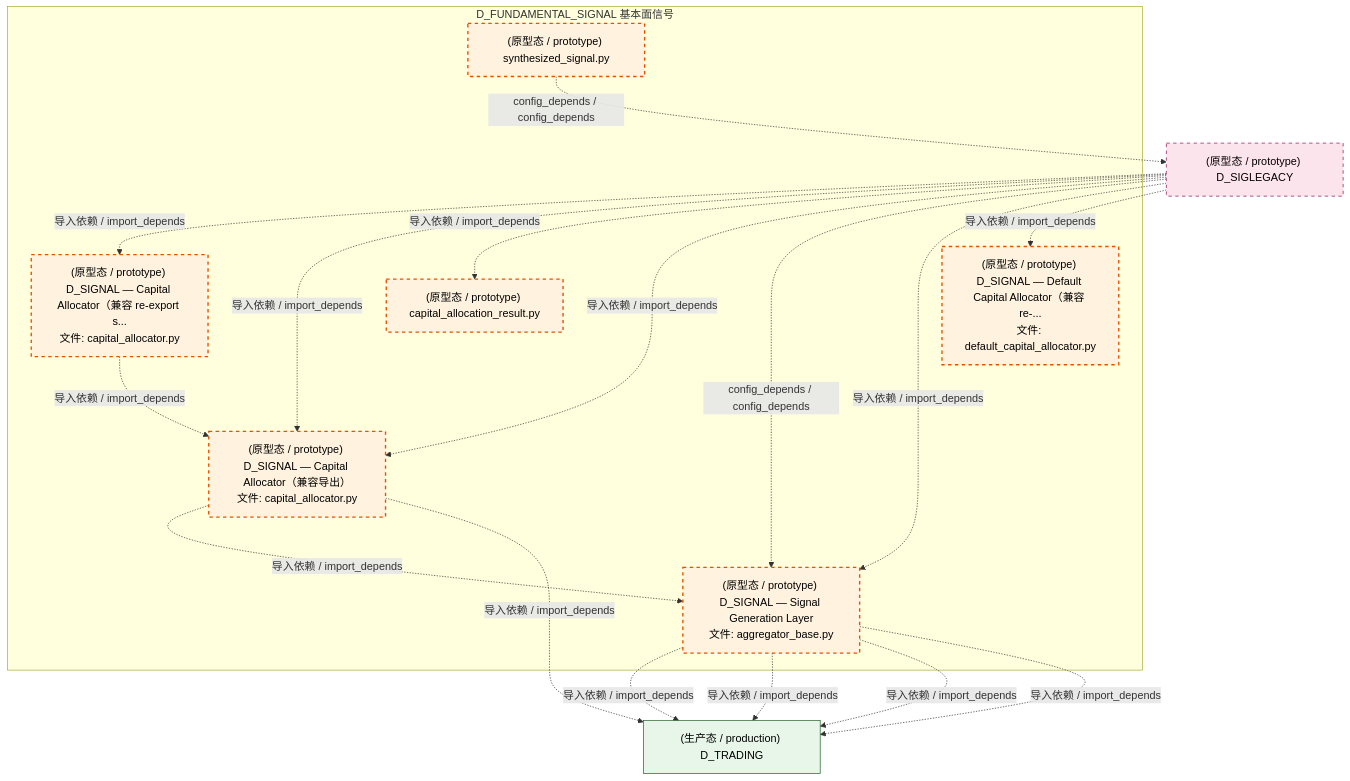
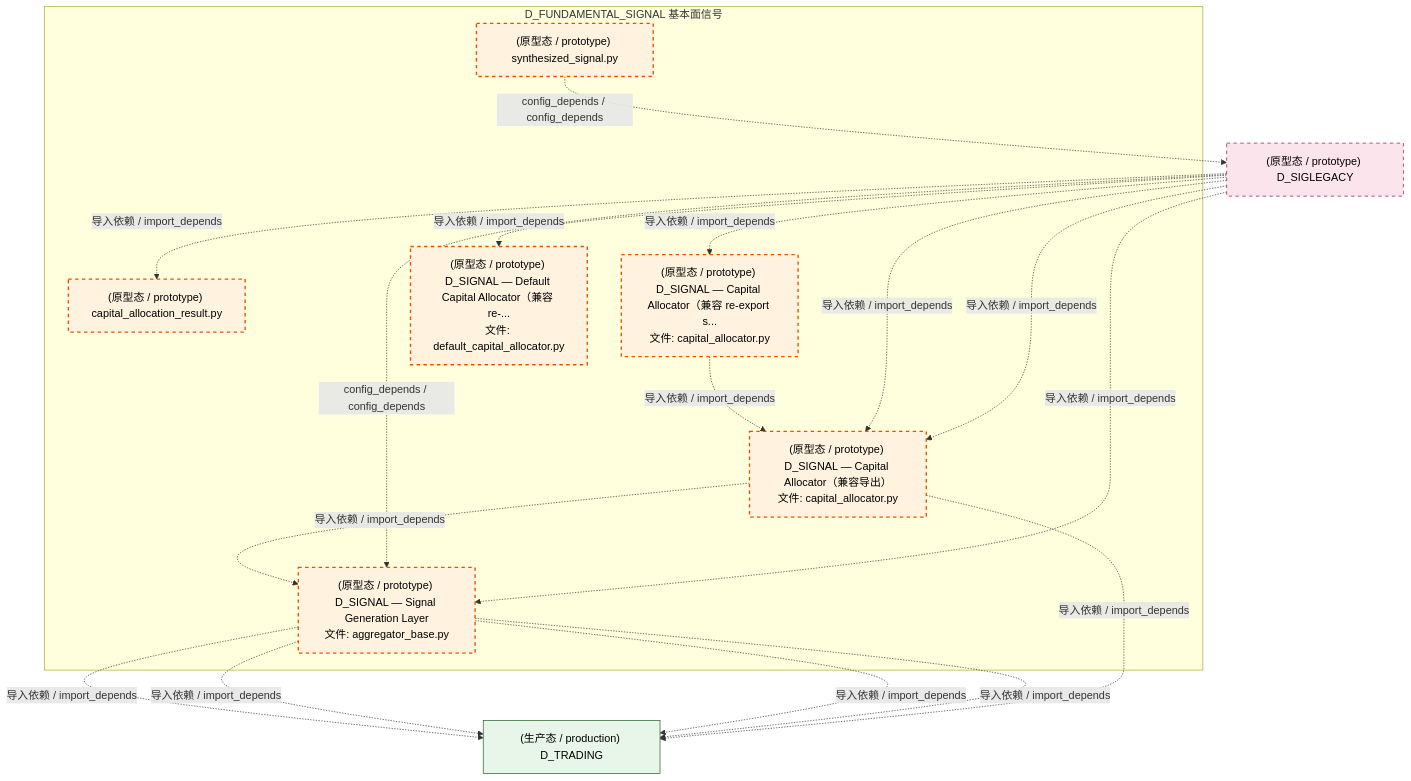
The third of 4 diagrams in docs/02_enterprise_architecture/02_domain_architecture_docs/37_d_fundamental_signal.md (xuanFelixVan/ZephyrAlpha), drawn with Mermaid before and after one commit. The commit also changed other lines of this file and 126 other files, not shown here.

````diff
--- a/docs/02_enterprise_architecture/02_domain_architecture_docs/37_d_fundamental_signal.md
+++ b/docs/02_enterprise_architecture/02_domain_architecture_docs/37_d_fundamental_signal.md
@@ -177,35 +177,35 @@
 ```mermaid
 graph TD
     subgraph D_FUNDAMENTAL_SIGNAL["D_FUNDAMENTAL_SIGNAL 基本面信号"]
         src_zephyr_signal_fundamental_capital_capital_allocation_result_py["(原型态 / prototype) capital_allocation_result.py"]
         src_zephyr_signal_fundamental_capital_capital_allocator_py["(原型态 / prototype) D_SIGNAL — Capital Allocator（兼容 re-export s...<br/>文件: capital_allocator.py"]
         src_zephyr_signal_fundamental_capital_default_capital_allocator_py["(原型态 / prototype) D_SIGNAL — Default Capital Allocator（兼容 re-...<br/>文件: default_capital_allocator.py"]
         src_zephyr_signal_fundamental_combiner_synthesized_signal_py["(原型态 / prototype) synthesized_signal.py"]
         src_zephyr_signal_fundamental_gen_aggregator_base_py["(原型态 / prototype) D_SIGNAL — Signal Generation Layer<br/>文件: aggregator_base.py"]
         src_zephyr_signal_fundamental_strategy_capital_allocator_py["(原型态 / prototype) D_SIGNAL — Capital Allocator（兼容导出）<br/>文件: capital_allocator.py"]
     end
     src_zephyr_signal_fundamental_capital_capital_allocator_py -.->|导入依赖 / import_depends| src_zephyr_signal_fundamental_strategy_capital_allocator_py
     src_zephyr_signal_fundamental_strategy_capital_allocator_py -.->|导入依赖 / import_depends| src_zephyr_signal_fundamental_gen_aggregator_base_py
     D_SIGLEGACY["(原型态 / prototype) D_SIGLEGACY"]
     src_zephyr_signal_fundamental_combiner_synthesized_signal_py -.->|config_depends / config_depends| D_SIGLEGACY
     D_TRADING["(生产态 / production) D_TRADING"]
     src_zephyr_signal_fundamental_gen_aggregator_base_py -.->|导入依赖 / import_depends| D_TRADING
     src_zephyr_signal_fundamental_gen_aggregator_base_py -.->|导入依赖 / import_depends| D_TRADING
     src_zephyr_signal_fundamental_gen_aggregator_base_py -.->|导入依赖 / import_depends| D_TRADING
     src_zephyr_signal_fundamental_gen_aggregator_base_py -.->|导入依赖 / import_depends| D_TRADING
     src_zephyr_signal_fundamental_strategy_capital_allocator_py -.->|导入依赖 / import_depends| D_TRADING
-    D_SIGLEGACY -.->|导入依赖 / import_depends| src_zephyr_signal_fundamental_capital_capital_allocator_py
-    D_SIGLEGACY -.->|导入依赖 / import_depends| src_zephyr_signal_fundamental_strategy_capital_allocator_py
     D_SIGLEGACY -.->|导入依赖 / import_depends| src_zephyr_signal_fundamental_capital_capital_allocation_result_py
     D_SIGLEGACY -.->|导入依赖 / import_depends| src_zephyr_signal_fundamental_strategy_capital_allocator_py
     D_SIGLEGACY -.->|config_depends / config_depends| src_zephyr_signal_fundamental_gen_aggregator_base_py
+    D_SIGLEGACY -.->|导入依赖 / import_depends| src_zephyr_signal_fundamental_capital_capital_allocator_py
+    D_SIGLEGACY -.->|导入依赖 / import_depends| src_zephyr_signal_fundamental_strategy_capital_allocator_py
     D_SIGLEGACY -.->|导入依赖 / import_depends| src_zephyr_signal_fundamental_gen_aggregator_base_py
     D_SIGLEGACY -.->|导入依赖 / import_depends| src_zephyr_signal_fundamental_capital_default_capital_allocator_py
     classDef production fill:#e1f5fe,stroke:#01579b,stroke-width:2px,color:#000
     classDef design fill:#fff3e0,stroke:#e65100,stroke-width:2px,color:#000,stroke-dasharray: 5 5
     classDef external_prod fill:#e8f5e9,stroke:#1b5e20,stroke-width:1px,color:#000
     classDef external_design fill:#fce4ec,stroke:#880e4f,stroke-width:1px,color:#000,stroke-dasharray: 5 5
     class src_zephyr_signal_fundamental_capital_capital_allocation_result_py,src_zephyr_signal_fundamental_capital_capital_allocator_py,src_zephyr_signal_fundamental_capital_default_capital_allocator_py,src_zephyr_signal_fundamental_combiner_synthesized_signal_py,src_zephyr_signal_fundamental_gen_aggregator_base_py,src_zephyr_signal_fundamental_strategy_capital_allocator_py design
     class D_TRADING external_prod
     class D_SIGLEGACY external_design
 ```
````
